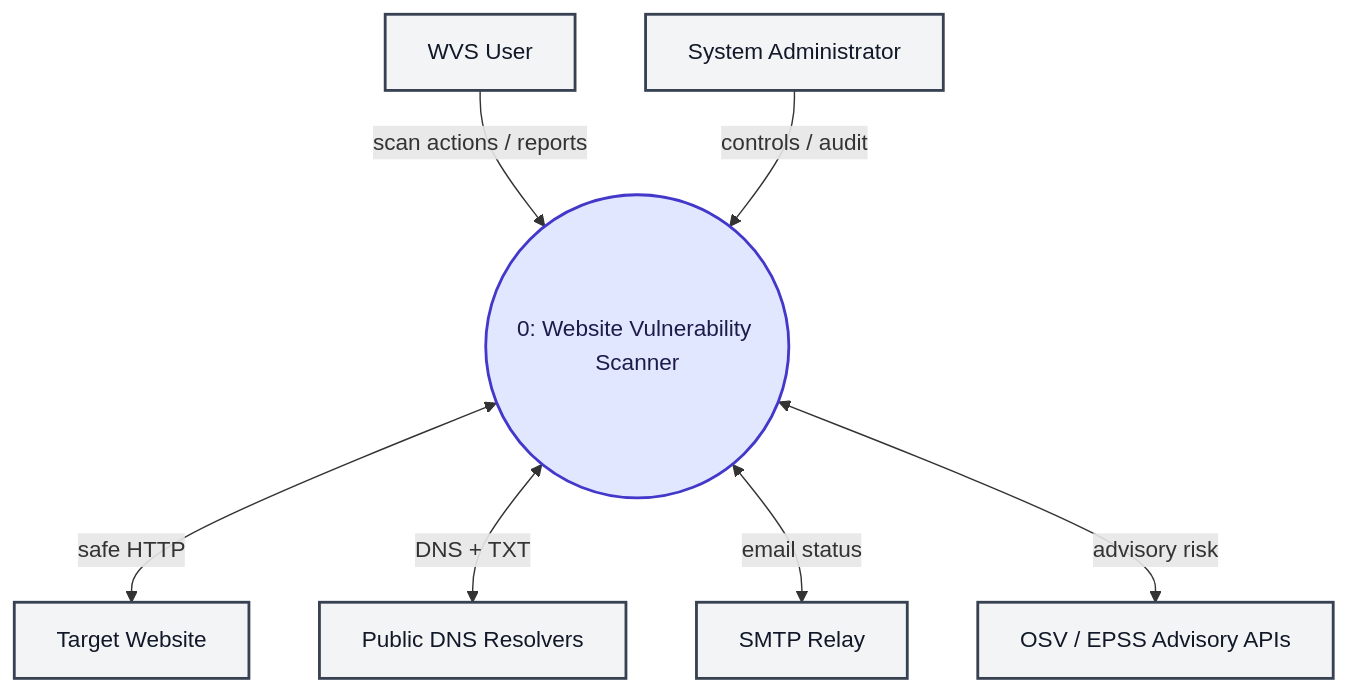
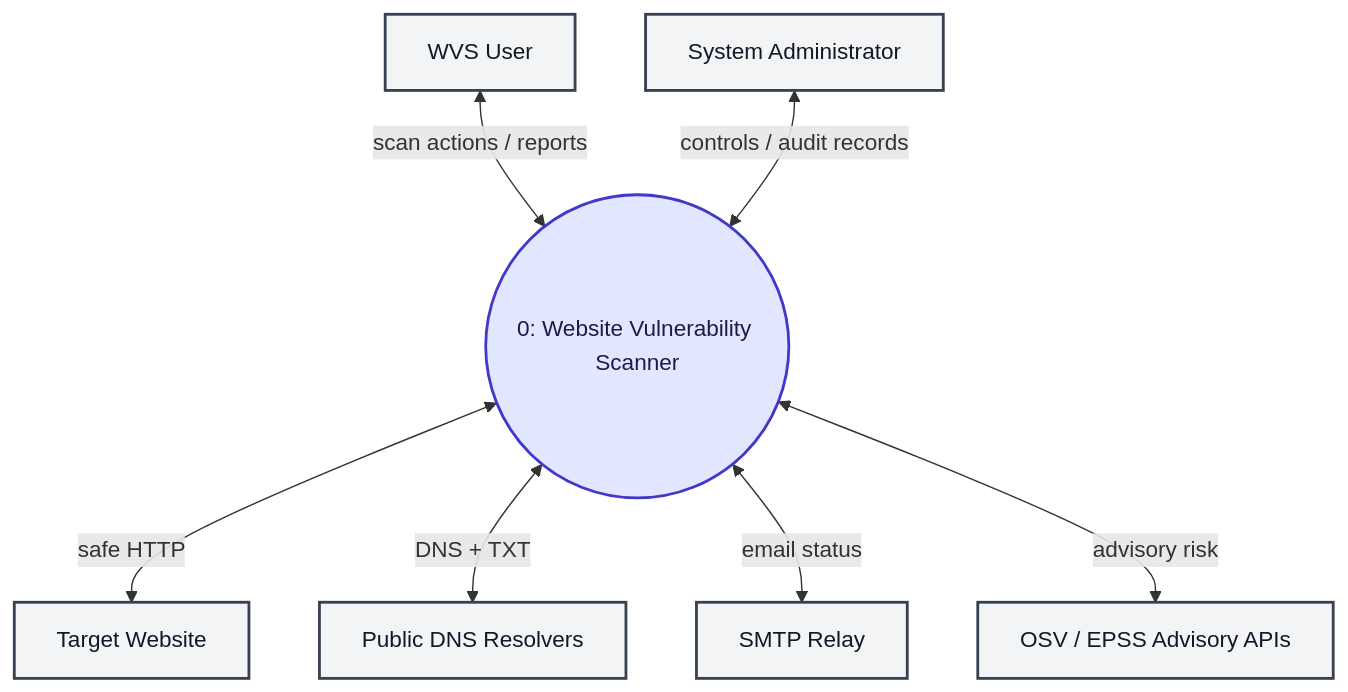
Before and after one commit to ksacheth/software-engineering: the first of 10 diagrams in docs/Website_Vulnerability_Scanner_DFD.md, drawn with Mermaid. The commit also changed other lines of this file and 25 other files, not shown here.

Commit message:
docs(dfd): standardize data store flows

````diff
--- a/docs/Website_Vulnerability_Scanner_DFD.md
+++ b/docs/Website_Vulnerability_Scanner_DFD.md
@@ -43,25 +43,25 @@
 ```mermaid
 flowchart TD
     %% Level 0 Context Diagram - Website Vulnerability Scanner
 
     User["WVS User"]
     Admin["System Administrator"]
     P0(("0: Website Vulnerability Scanner"))
     Target["Target Website"]
     DNS["Public DNS Resolvers"]
     SMTP["SMTP Relay"]
     OSV["OSV / EPSS Advisory APIs"]
 
-    User -->|"scan actions / reports"| P0
-    Admin -->|"controls / audit"| P0
+    User <-->|"scan actions / reports"| P0
+    Admin <-->|"controls / audit records"| P0
     P0 <-->|"safe HTTP"| Target
     P0 <-->|"DNS + TXT"| DNS
     P0 <-->|"email status"| SMTP
     P0 <-->|"advisory risk"| OSV
 
     %% Styling
     classDef process fill:#e0e7ff,stroke:#4338ca,stroke-width:2px,color:#1e1b4b;
     classDef entity fill:#f3f4f6,stroke:#374151,stroke-width:2px,color:#111827;
     class P0 process;
     class User,Admin,Target,DNS,SMTP,OSV entity;
 ```
````
